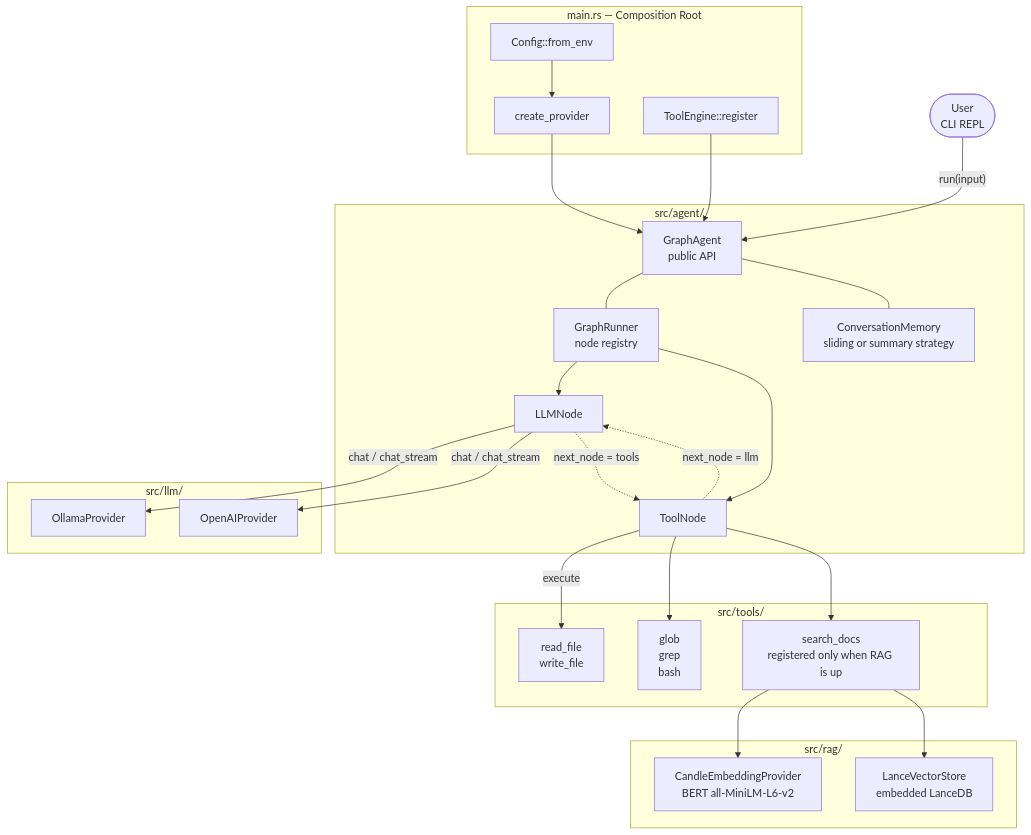
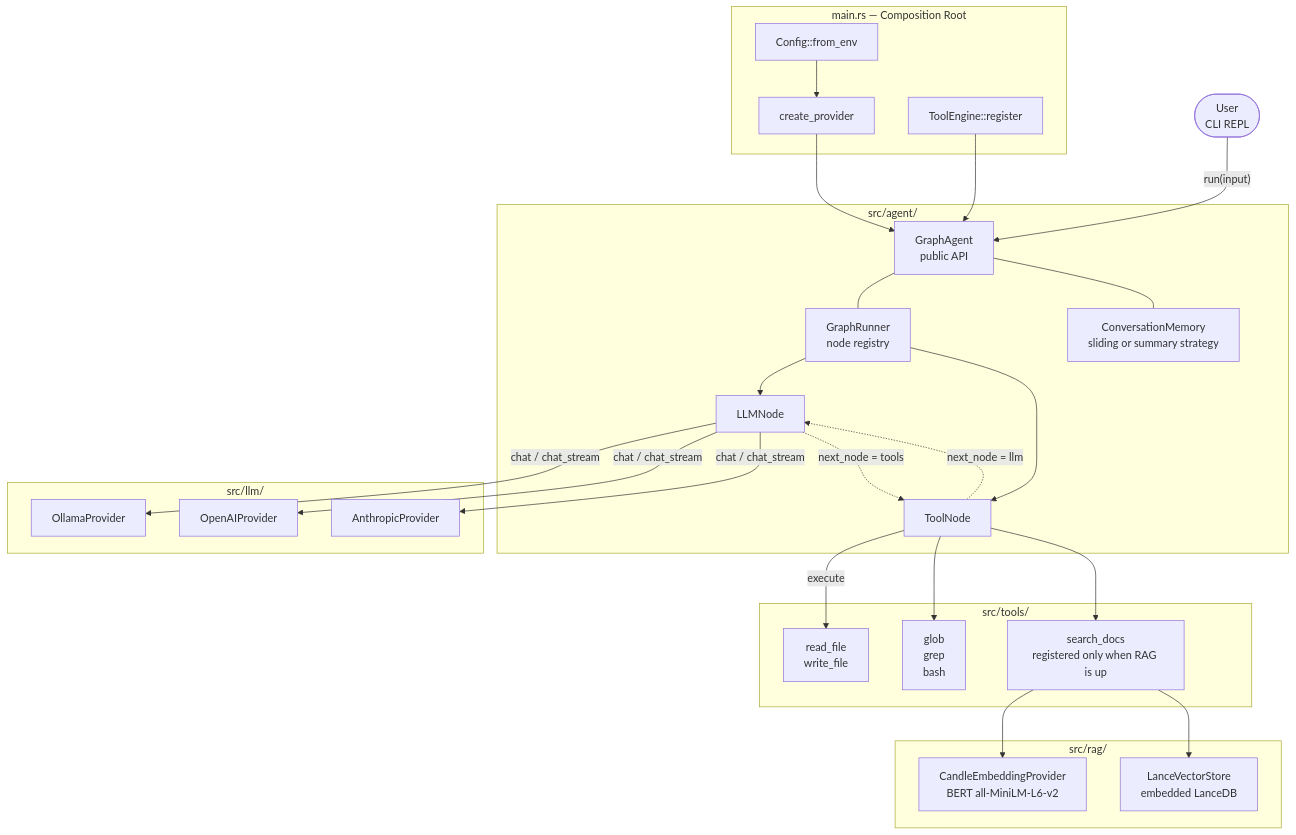
The first of 7 diagrams in docs/architecture.md (JacobRyu/ai-agent-rs), drawn with Mermaid before and after one commit. The commit also changed other lines of this file and 9 other files, not shown here.

First line of the commit message:
feat(llm): add Anthropic provider

````diff
--- a/docs/architecture.md
+++ b/docs/architecture.md
@@ -14,54 +14,56 @@
 ```mermaid
 flowchart TD
     User(["User<br/>CLI REPL"])
 
     subgraph Entry["main.rs — Composition Root"]
         Cfg["Config::from_env"]
         Prov["create_provider"]
         Engine["ToolEngine::register"]
     end
 
     subgraph AgentLayer["src/agent/"]
         GA["GraphAgent<br/>public API"]
         GR["GraphRunner<br/>node registry"]
         LLMN["LLMNode"]
         TN["ToolNode"]
         Mem["ConversationMemory<br/>sliding or summary strategy"]
         GA --- GR
         GR --> LLMN
         GR --> TN
         GA --- Mem
     end
 
     subgraph LLMLayer["src/llm/"]
         Ollama["OllamaProvider"]
         OpenAI["OpenAIProvider"]
+        Anthropic["AnthropicProvider"]
     end
 
     subgraph ToolLayer["src/tools/"]
         T1["read_file<br/>write_file"]
         T2["glob<br/>grep<br/>bash"]
         T3["search_docs<br/>registered only when RAG is up"]
     end
 
     subgraph RAGLayer["src/rag/"]
         Emb["CandleEmbeddingProvider<br/>BERT all-MiniLM-L6-v2"]
         Store["LanceVectorStore<br/>embedded LanceDB"]
     end
 
     User -->|"run(input)"| GA
     Cfg --> Prov
     Prov --> GA
     Engine --> GA
 
     LLMN -->|"chat / chat_stream"| Ollama
     LLMN -->|"chat / chat_stream"| OpenAI
+    LLMN -->|"chat / chat_stream"| Anthropic
     LLMN -.->|"next_node = tools"| TN
     TN -.->|"next_node = llm"| LLMN
 
     TN -->|"execute"| T1
     TN --> T2
     TN --> T3
     T3 --> Emb
     T3 --> Store
 ```
````
